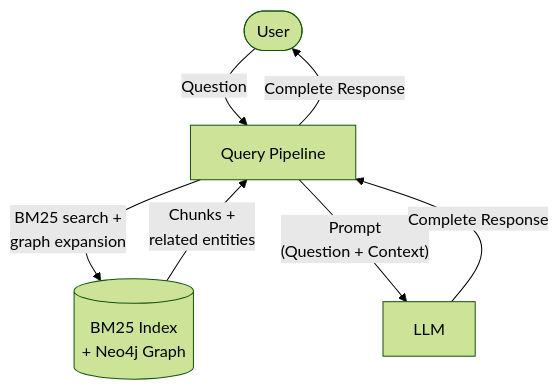
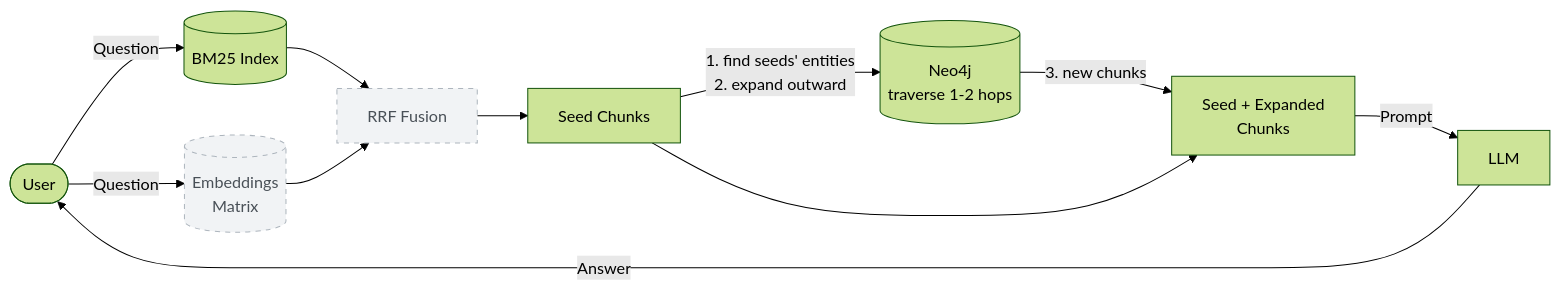
One commit to DimYiannis/Constrained-GraphRag changed the second of 2 diagrams in README.md. Above: the diagram before and after it, drawn with Mermaid (forest theme). The commit also changed other lines of this file, not shown here.

````diff
--- a/README.md
+++ b/README.md
@@ -76,18 +83,27 @@
 ```mermaid
-flowchart TB
+flowchart LR
     user(["User"])
-    app["Query Pipeline"]
-    store[("BM25 Index<br/>+ Neo4j Graph")]
+    lex[("BM25 Index")]
+    sem[("Embeddings<br/>Matrix")]
+    fusion["RRF Fusion"]
+    seeds["Seed Chunks"]
+    neodb[("Neo4j<br/>traverse 1-2 hops")]
+    merged["Seed + Expanded<br/>Chunks"]
     llm["LLM"]
 
-    user -- "Question" --> app
-    app -- "Complete Response" --> user
+    user -- "Question" --> lex
+    user -- "Question" --> sem
+    lex --> fusion
+    sem --> fusion
+    fusion --> seeds
 
-    app -- "BM25 search +<br/>graph expansion" --> store
-    store -- "Chunks +<br/>related entities" --> app
+    seeds -- "1. find seeds' entities<br/>2. expand outward" --> neodb
+    neodb -- "3. new chunks" --> merged
+    seeds --> merged
 
-    app -- "Prompt<br/>(Question + Context)" --> llm
-    llm -- "Complete Response" --> app
+    merged -- "Prompt" --> llm
+    llm -- "Answer" --> user
 
-
+    classDef planned fill:#f1f3f5,stroke:#adb5bd,color:#495057,stroke-dasharray: 5 5;
+    class sem,fusion planned;
 ```
````
